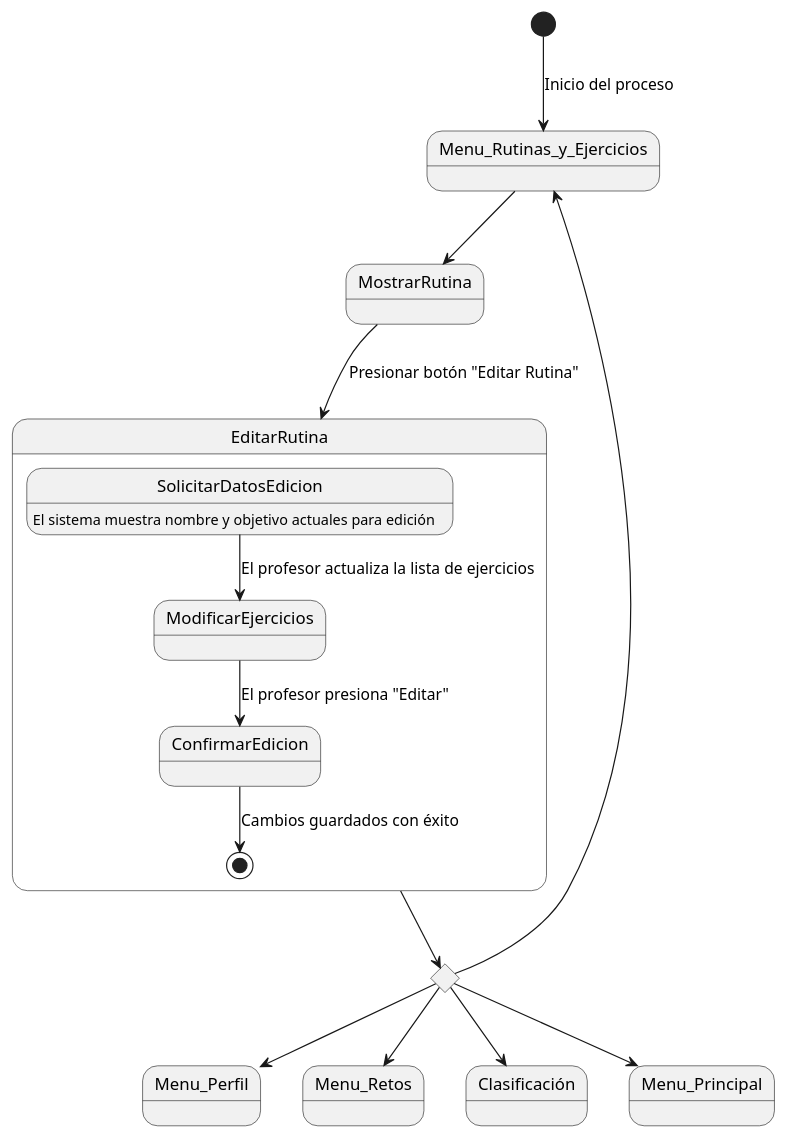
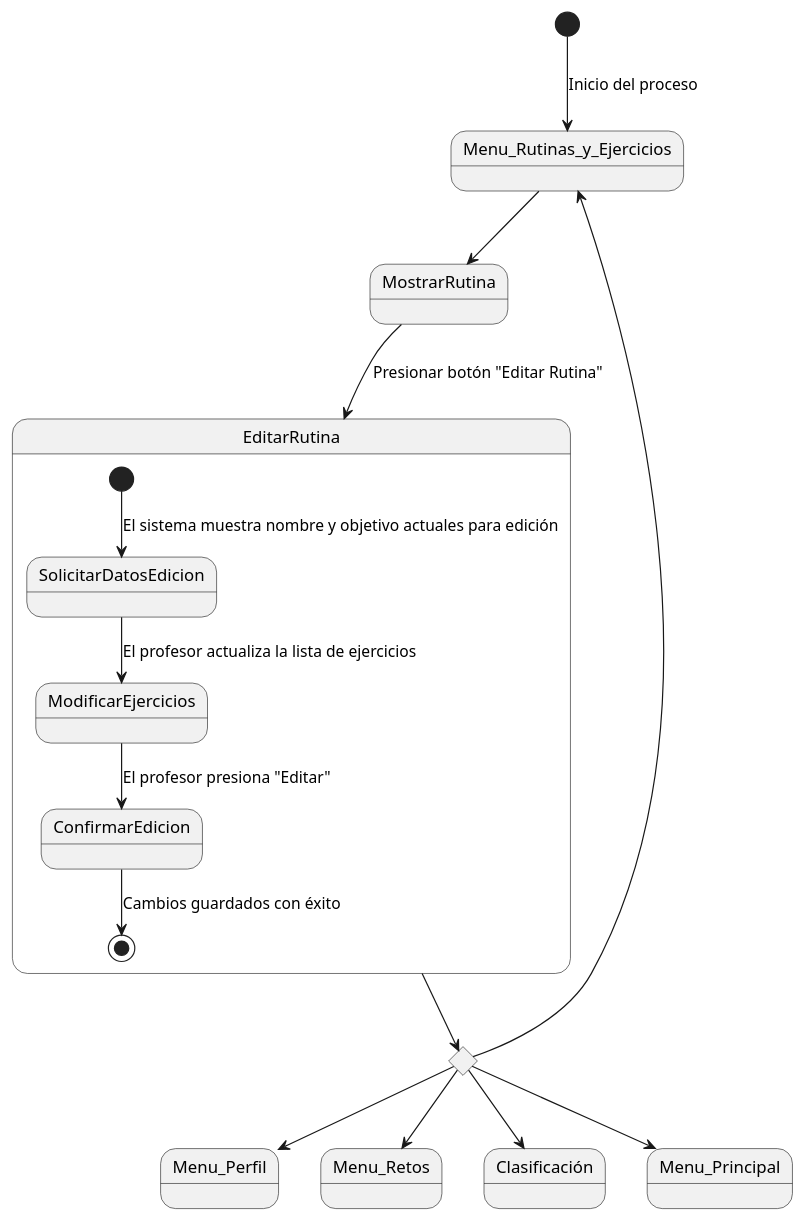
The diagram in Documentos/DetallarCasosDeUso/Profesor/EditarRutina.puml (mmasias/24-25-IdSw1-SDR), drawn with PlantUML before and after one commit.

```diff
--- a/Documentos/DetallarCasosDeUso/Profesor/EditarRutina.puml
+++ b/Documentos/DetallarCasosDeUso/Profesor/EditarRutina.puml
@@ -1,20 +1,20 @@
 @startuml
 [*] --> Menu_Rutinas_y_Ejercicios : Inicio del proceso
 state rombo <<choice>>
 rombo --> Menu_Perfil
 rombo --> Menu_Retos
 rombo --> Clasificación
 rombo --> Menu_Rutinas_y_Ejercicios
 rombo --> Menu_Principal
 
 Menu_Rutinas_y_Ejercicios --> MostrarRutina
 MostrarRutina --> EditarRutina : Presionar botón "Editar Rutina"
 EditarRutina --> rombo
 
 state EditarRutina {
-  SolicitarDatosEdicion : El sistema muestra nombre y objetivo actuales para edición
+  [*] --> SolicitarDatosEdicion : El sistema muestra nombre y objetivo actuales para edición
   SolicitarDatosEdicion --> ModificarEjercicios : El profesor actualiza la lista de ejercicios
   ModificarEjercicios --> ConfirmarEdicion : El profesor presiona "Editar"
   ConfirmarEdicion --> [*] : Cambios guardados con éxito
 }
 @enduml
```
